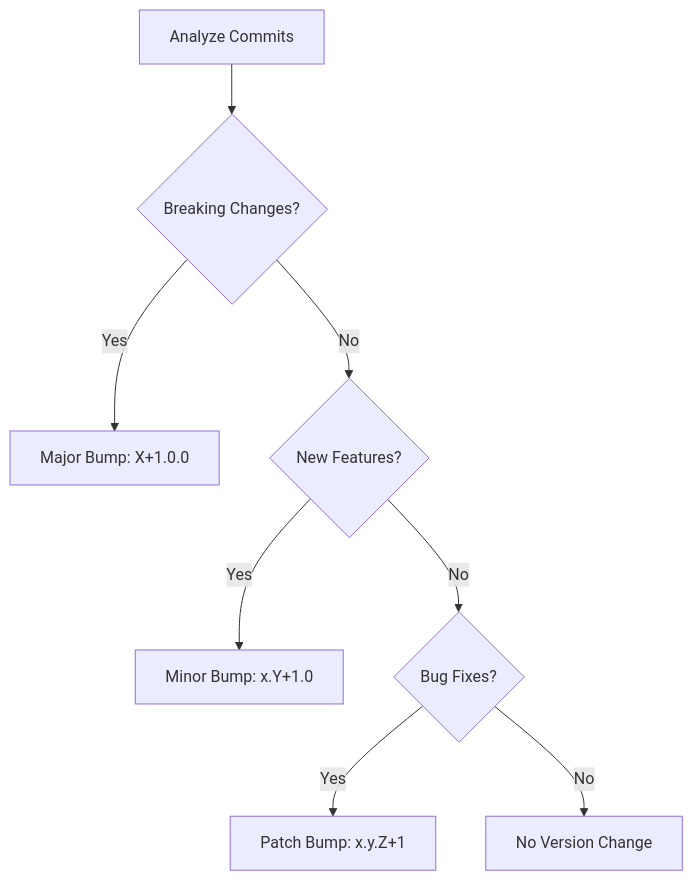
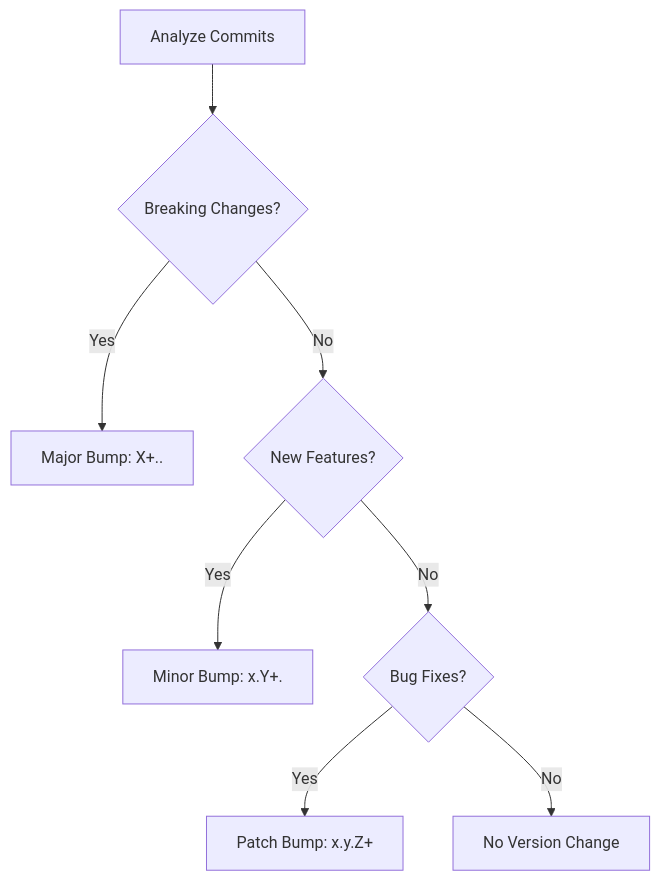
The diagram in docs/VERSIONING.md (mlorentedev/kubelab), drawn with Mermaid before and after one commit. The commit also changed other lines of this file and 493 other files, not shown here.

````diff
--- a/docs/VERSIONING.md
+++ b/docs/VERSIONING.md
@@ -148,10 +148,10 @@
 ```mermaid
 graph TD
     A[Analyze Commits] --> B{Breaking Changes?}
-    B -->|Yes| C[Major Bump: X+1.0.0]
+    B -->|Yes| C[Major Bump: X+..]
     B -->|No| D{New Features?}
-    D -->|Yes| E[Minor Bump: x.Y+1.0]
+    D -->|Yes| E[Minor Bump: x.Y+.]
     D -->|No| F{Bug Fixes?}
-    F -->|Yes| G[Patch Bump: x.y.Z+1]
+    F -->|Yes| G[Patch Bump: x.y.Z+]
     F -->|No| H[No Version Change]
 ```
````
